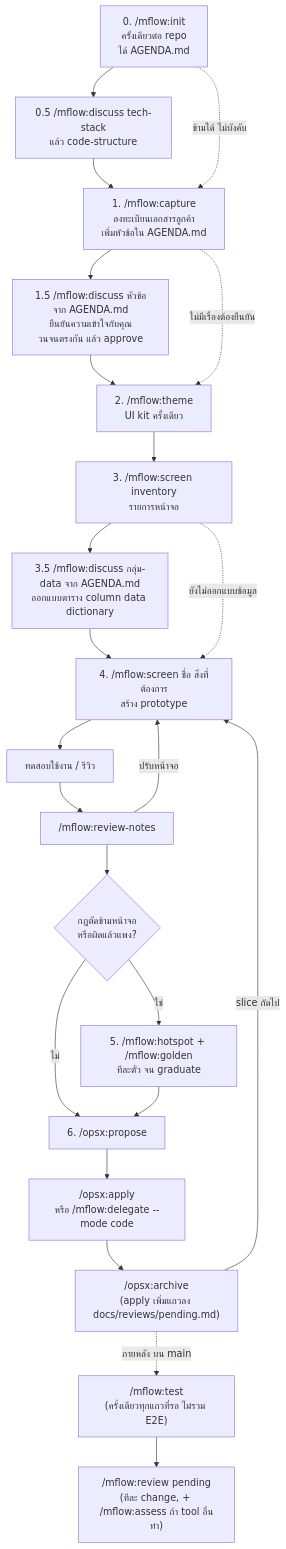
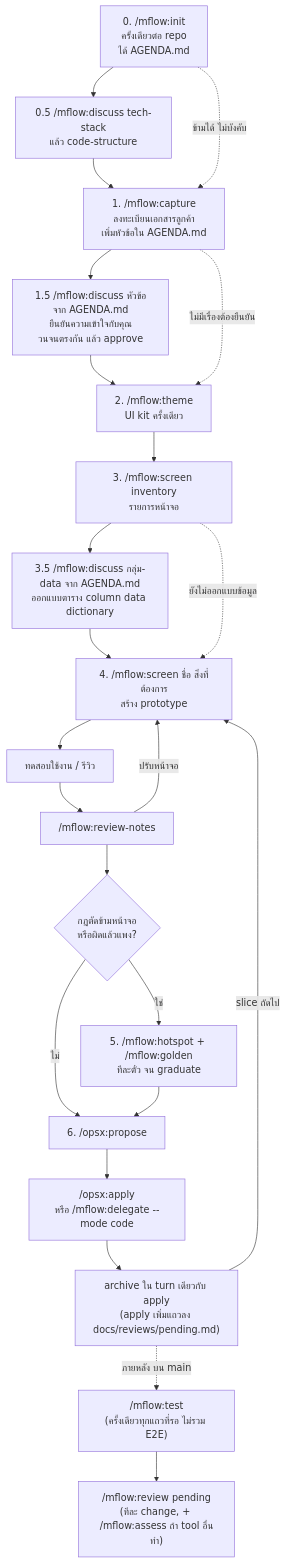
One commit to mounchons/mflow-marketplace changed the diagram in docs/manual.md. Above: the diagram before and after it, drawn with Mermaid. The commit also changed other lines of this file and 13 other files, not shown here.

````diff
--- a/docs/manual.md
+++ b/docs/manual.md
@@ -28,25 +28,25 @@
 ```mermaid
 flowchart TD
     S0["0. /mflow:init<br/>ครั้งเดียวต่อ repo<br/>ได้ AGENDA.md"] --> TS["0.5 /mflow:discuss tech-stack<br/>แล้ว code-structure"]
     TS --> S1["1. /mflow:capture<br/>ลงทะเบียนเอกสารลูกค้า<br/>เพิ่มหัวข้อใน AGENDA.md"]
     S0 -.->|ข้ามได้ ไม่บังคับ| S1
     S1 --> D["1.5 /mflow:discuss หัวข้อจาก AGENDA.md<br/>ยืนยันความเข้าใจกับคุณ<br/>วนจนตรงกัน แล้ว approve"]
     D --> S2["2. /mflow:theme<br/>UI kit ครั้งเดียว"]
     S1 -.->|ไม่มีเรื่องต้องยืนยัน| S2
     S2 --> S3["3. /mflow:screen inventory<br/>รายการหน้าจอ"]
     S3 --> DM["3.5 /mflow:discuss กลุ่ม-data จาก AGENDA.md<br/>ออกแบบตาราง column data dictionary"]
     DM --> S4["4. /mflow:screen ชื่อ สิ่งที่ต้องการ<br/>สร้าง prototype"]
     S3 -.->|ยังไม่ออกแบบข้อมูล| S4
     S4 --> R["ทดสอบใช้งาน / รีวิว"]
     R --> RN["/mflow:review-notes"]
     RN -->|ปรับหน้าจอ| S4
     RN --> Q{"กฎตัดข้ามหน้าจอ<br/>หรือผิดแล้วแพง?"}
     Q -->|ใช่| H["5. /mflow:hotspot + /mflow:golden<br/>ทีละตั๋ว จน graduate"]
     Q -->|ไม่| P
     H --> P["6. /opsx:propose"]
     P --> A["/opsx:apply<br/>หรือ /mflow:delegate --mode code"]
-    A --> AR["/opsx:archive<br/>(apply เพิ่มแถวลง docs/reviews/pending.md)"]
+    A --> AR["archive ใน turn เดียวกับ apply<br/>(apply เพิ่มแถวลง docs/reviews/pending.md)"]
     AR -->|slice ถัดไป| S4
     AR -.->|ภายหลัง บน main| T["/mflow:test<br/>(ครั้งเดียวทุกแถวที่รอ ไม่รวม E2E)"]
     T --> V["/mflow:review pending<br/>(ทีละ change, + /mflow:assess ถ้า tool อื่นทำ)"]
 ```
````
